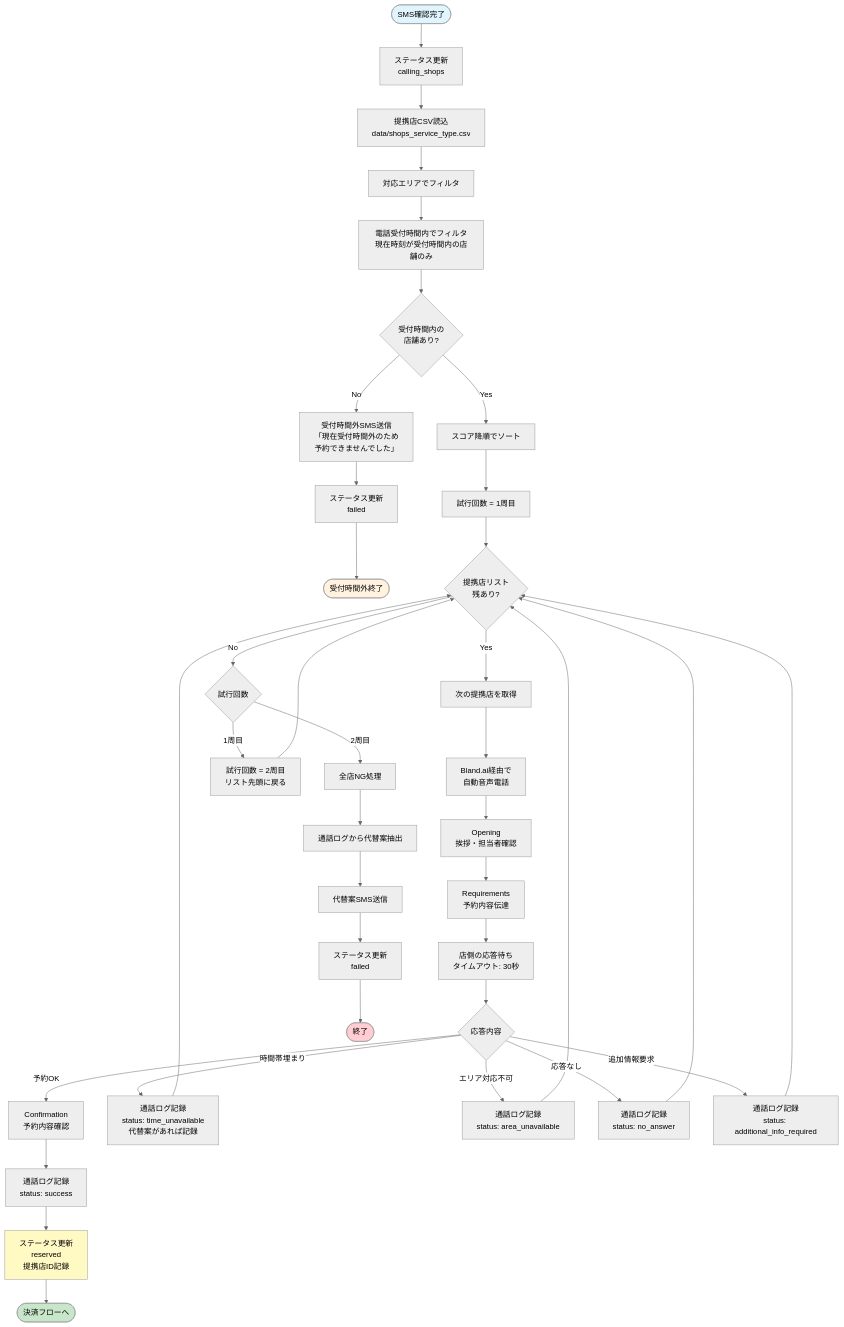
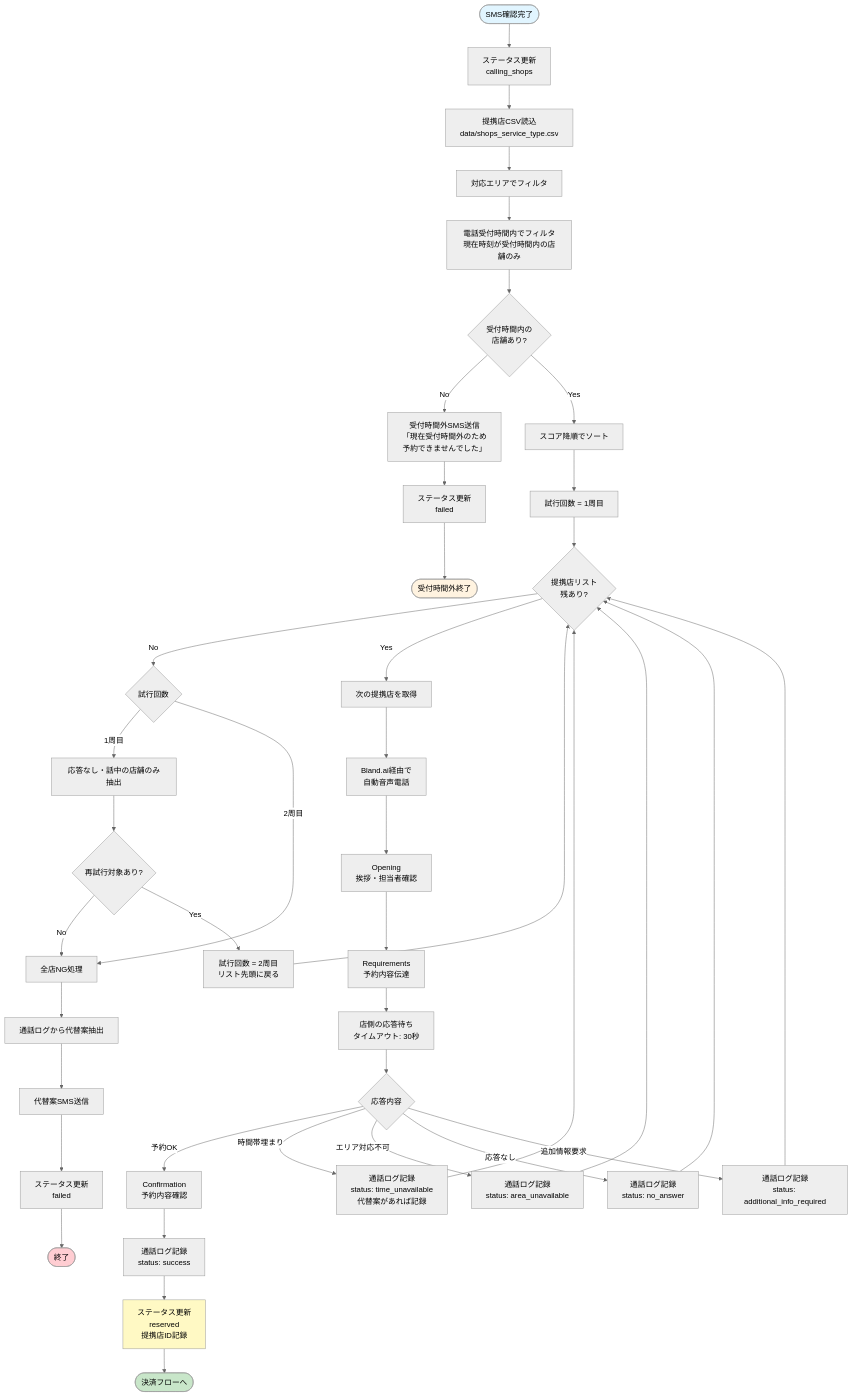
The fourth of 9 diagrams in requiremet/業務フロー図.md (kshimono/mcp_phone), drawn with Mermaid (neutral theme) before and after one commit. The commit also changed other lines of this file and 2 other files, not shown here.

````diff
--- a/requiremet/業務フロー図.md
+++ b/requiremet/業務フロー図.md
@@ -153,56 +156,59 @@
 ```mermaid
 graph TB
     Start([SMS確認完了]) --> UpdateStatus[ステータス更新<br/>calling_shops]
     UpdateStatus --> LoadShops[提携店CSV読込<br/>data/shops_service_type.csv]
     LoadShops --> FilterArea[対応エリアでフィルタ]
     FilterArea --> FilterTime[電話受付時間内でフィルタ<br/>現在時刻が受付時間内の店舗のみ]
     FilterTime --> CheckAvailable{受付時間内の<br/>店舗あり?}
 
     CheckAvailable -->|No| NotifyOutOfHours[受付時間外SMS送信<br/>「現在受付時間外のため<br/>予約できませんでした」]
     NotifyOutOfHours --> UpdateFailed2[ステータス更新<br/>failed]
     UpdateFailed2 --> End3([受付時間外終了])
 
     CheckAvailable -->|Yes| SortScore[スコア降順でソート]
     SortScore --> InitRound[試行回数 = 1周目]
 
     InitRound --> CheckList{提携店リスト<br/>残あり?}
     CheckList -->|No| CheckRound{試行回数}
     CheckList -->|Yes| NextShop[次の提携店を取得]
 
     NextShop --> CallShop[Bland.ai経由で<br/>自動音声電話]
     CallShop --> Opening[Opening<br/>挨拶・担当者確認]
     Opening --> Requirements[Requirements<br/>予約内容伝達]
     Requirements --> WaitResponse[店側の応答待ち<br/>タイムアウト: 30秒]
 
     WaitResponse --> Response{応答内容}
 
     Response -->|予約OK| Confirmation[Confirmation<br/>予約内容確認]
     Confirmation --> LogSuccess[通話ログ記録<br/>status: success]
     LogSuccess --> UpdateReserved[ステータス更新<br/>reserved<br/>提携店ID記録]
     UpdateReserved --> End1([決済フローへ])
 
     Response -->|時間帯埋まり| LogBusy[通話ログ記録<br/>status: time_unavailable<br/>代替案があれば記録]
     Response -->|エリア対応不可| LogArea[通話ログ記録<br/>status: area_unavailable]
     Response -->|応答なし| LogNoAnswer[通話ログ記録<br/>status: no_answer]
     Response -->|追加情報要求| LogAddInfo[通話ログ記録<br/>status: additional_info_required]
 
     LogBusy --> CheckList
     LogArea --> CheckList
     LogNoAnswer --> CheckList
     LogAddInfo --> CheckList
 
-    CheckRound -->|1周目| SecondRound[試行回数 = 2周目<br/>リスト先頭に戻る]
+    CheckRound -->|1周目| FilterRetry[応答なし・話中の店舗のみ抽出]
+    FilterRetry --> HasRetry{再試行対象あり?}
+    HasRetry -->|No| AllFailed
+    HasRetry -->|Yes| SecondRound[試行回数 = 2周目<br/>リスト先頭に戻る]
     SecondRound --> CheckList
 
     CheckRound -->|2周目| AllFailed[全店NG処理]
     AllFailed --> ExtractAlt[通話ログから代替案抽出]
     ExtractAlt --> SendAltSMS[代替案SMS送信]
     SendAltSMS --> UpdateFailed[ステータス更新<br/>failed]
     UpdateFailed --> End2([終了])
 
     style Start fill:#e1f5ff
     style End1 fill:#c8e6c9
     style End2 fill:#ffcdd2
     style End3 fill:#fff3e0
     style UpdateReserved fill:#fff9c4
 ```
````
